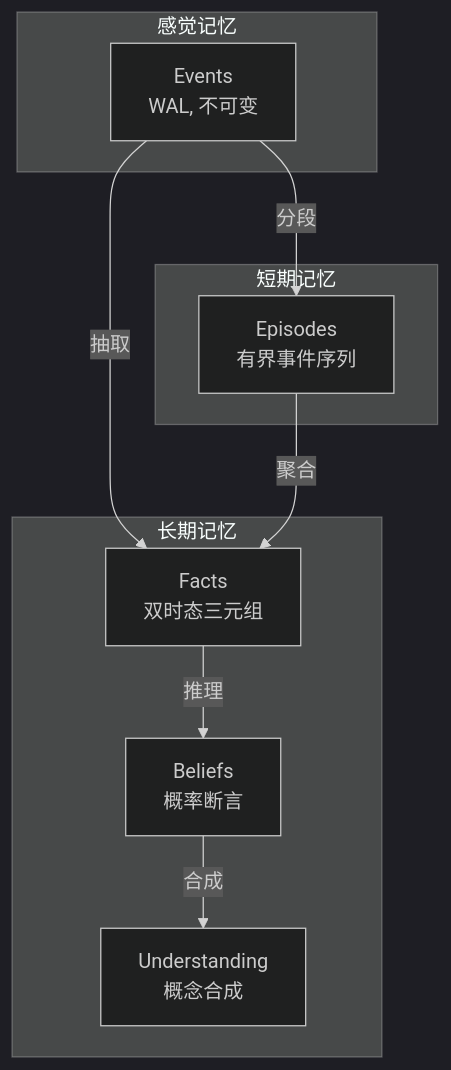
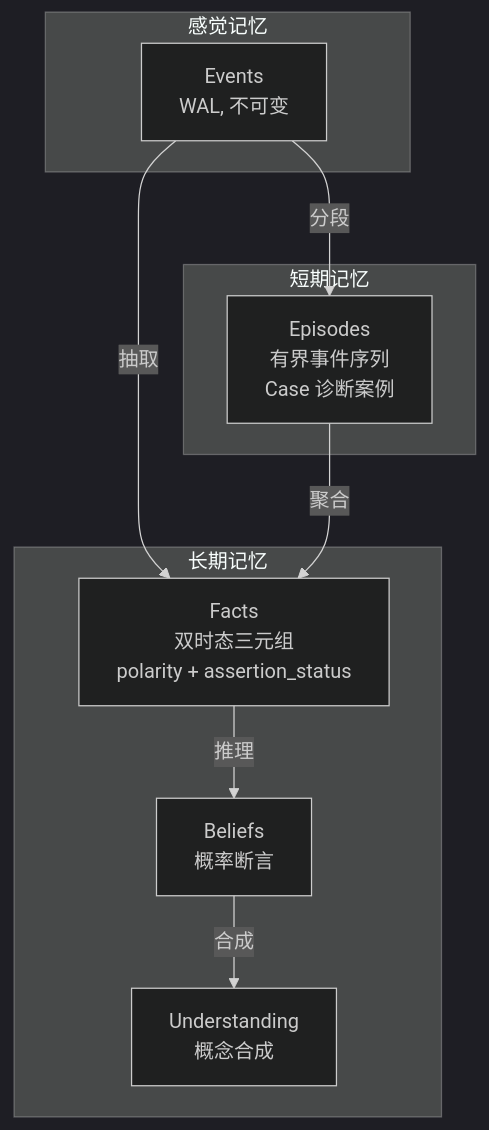
Before and after one commit to pty819/cortex-py-book: the first of 3 diagrams in source/chapters/01-memory-model.md, drawn with Mermaid (dark theme). The commit also changed other lines of this file and 18 other files, not shown here.

First line of the commit message:
docs: refresh book with latest cortex-py architecture

````diff
--- a/source/chapters/01-memory-model.md
+++ b/source/chapters/01-memory-model.md
@@ -7,22 +7,22 @@
 ```{mermaid}
 graph TB
     subgraph 感觉记忆
         E[Events<br/>WAL, 不可变]
     end
     
     subgraph 短期记忆
-        EP[Episodes<br/>有界事件序列]
+        EP[Episodes<br/>有界事件序列<br/>Case 诊断案例]
     end
     
     subgraph 长期记忆
-        F[Facts<br/>双时态三元组]
+        F[Facts<br/>双时态三元组<br/>polarity + assertion_status]
         B[Beliefs<br/>概率断言]
         U[Understanding<br/>概念合成]
     end
     
     E -->|抽取| F
     E -->|分段| EP
     EP -->|聚合| F
     F -->|推理| B
     B -->|合成| U
 ```
````
